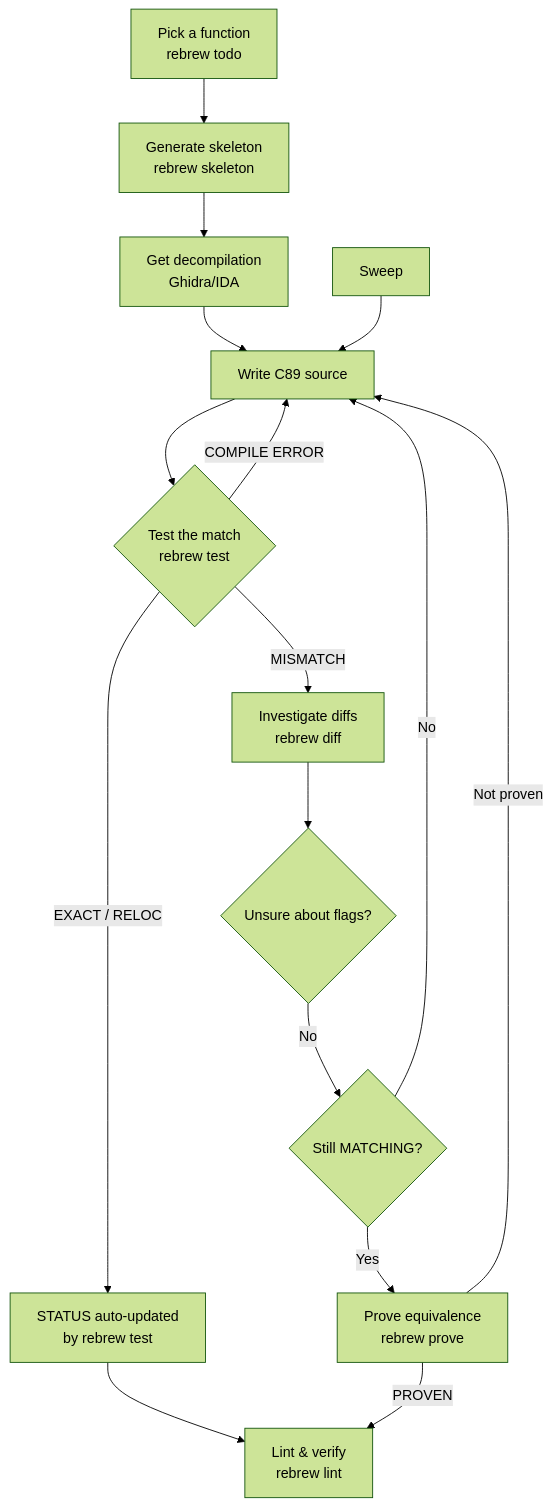
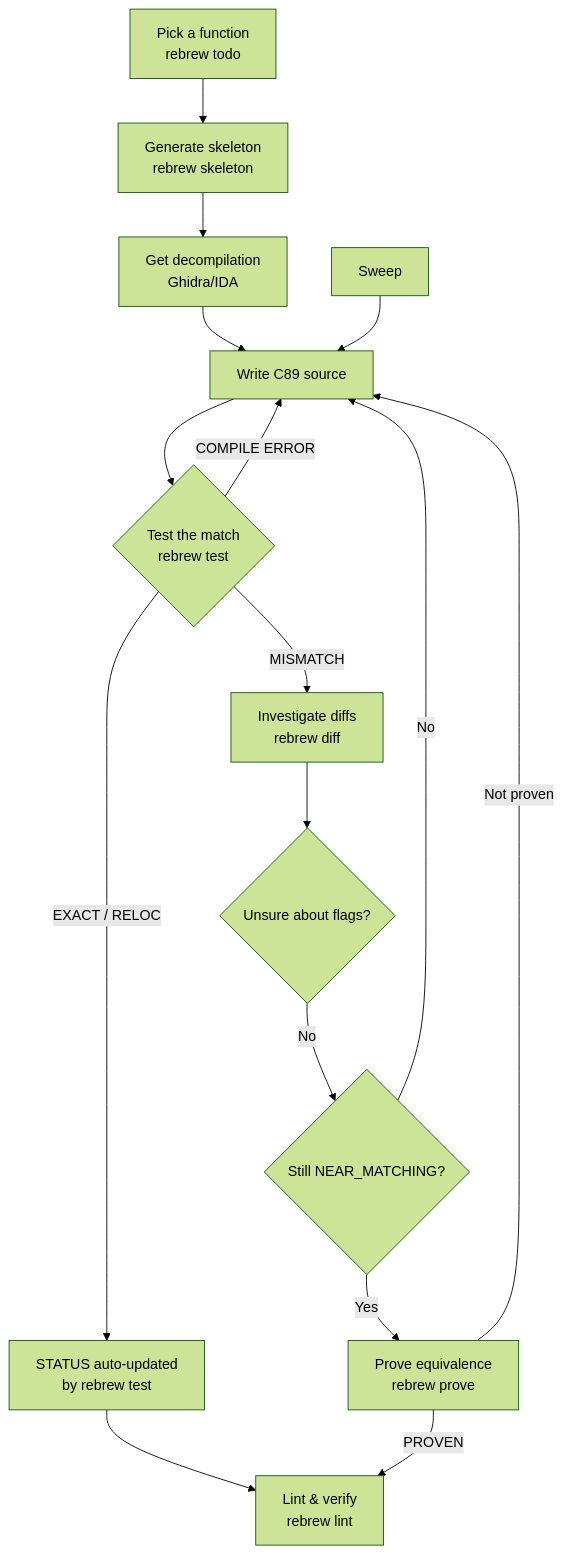
One commit to maci0/rebrew changed the diagram in docs/WORKFLOW.md. Above: the diagram before and after it, drawn with Mermaid (forest theme). The commit also changed other lines of this file and 81 other files, not shown here.

````diff
--- a/docs/WORKFLOW.md
+++ b/docs/WORKFLOW.md
@@ -115,18 +115,18 @@
 ```mermaid
 graph TD
     Pick[Pick a function<br/>rebrew todo] --> Gen[Generate skeleton<br/>rebrew skeleton]
     Gen --> Decomp[Get decompilation<br/>Ghidra/IDA]
     Decomp --> Write[Write C89 source]
     Write --> Test{Test the match<br/>rebrew test}
     Test -->|EXACT / RELOC| Done[STATUS auto-updated<br/>by rebrew test]
     Test -->|MISMATCH| Diff[Investigate diffs<br/>rebrew diff]
     Test -->|COMPILE ERROR| Write
     Done --> Lint[Lint & verify<br/>rebrew lint]
     Diff --> Flags{Unsure about flags?}
     Sweep --> Write
-    Flags -->|No| Prove{Still MATCHING?}
+    Flags -->|No| Prove{Still NEAR_MATCHING?}
     Prove -->|Yes| Symbolic[Prove equivalence<br/>rebrew prove]
     Symbolic -->|PROVEN| Lint
     Symbolic -->|Not proven| Write
     Prove -->|No| Write
 ```
````
